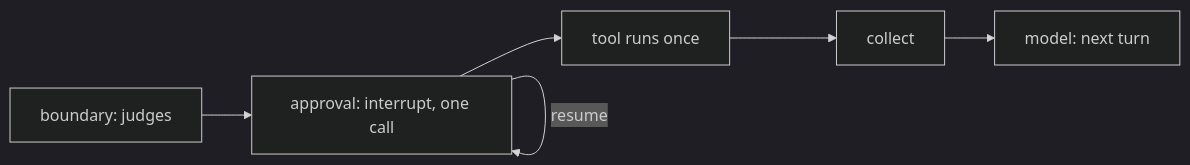
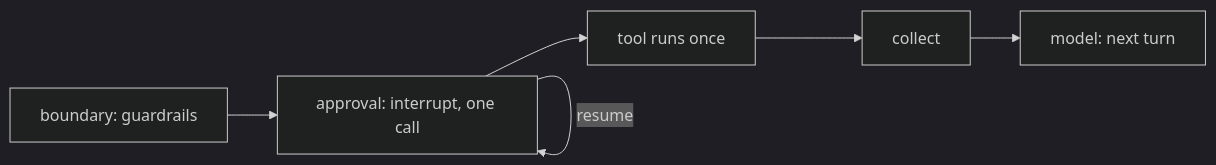
The diagram in Pause-seam.md (PavelRavvich/agbossjs), drawn with Mermaid (dark theme) before and after one commit. The commit also changed other lines of this file and 38 other files, not shown here.

````diff
--- a/Pause-seam.md
+++ b/Pause-seam.md
@@ -40,7 +78,7 @@
 ```mermaid
 flowchart LR
-  B[boundary: judges] --> P[approval: interrupt, one call]
+  B[boundary: guardrails] --> P[approval: interrupt, one call]
   P -- resume --> P
   P --> T[tool runs once]
   T --> C[collect] --> M[model: next turn]
 ```
````
